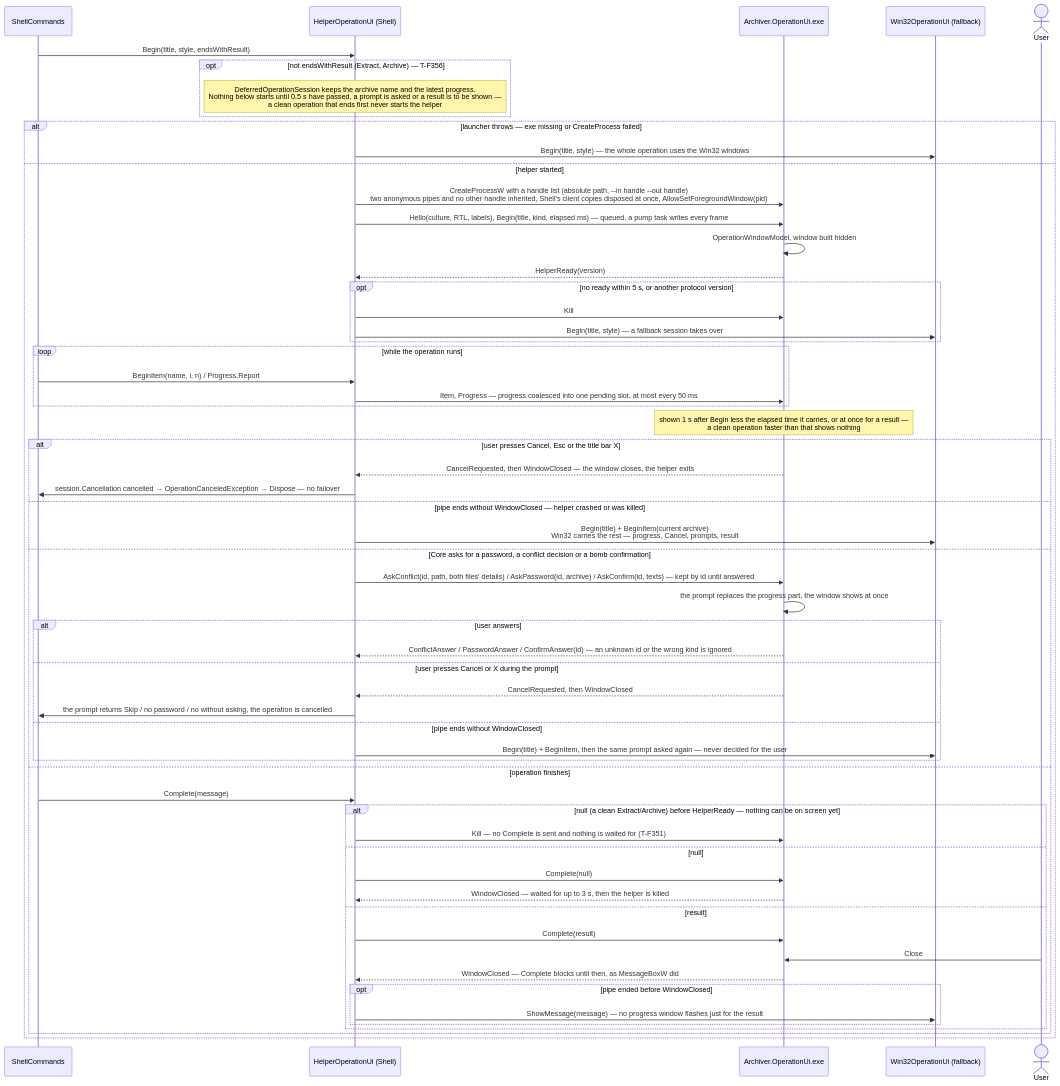
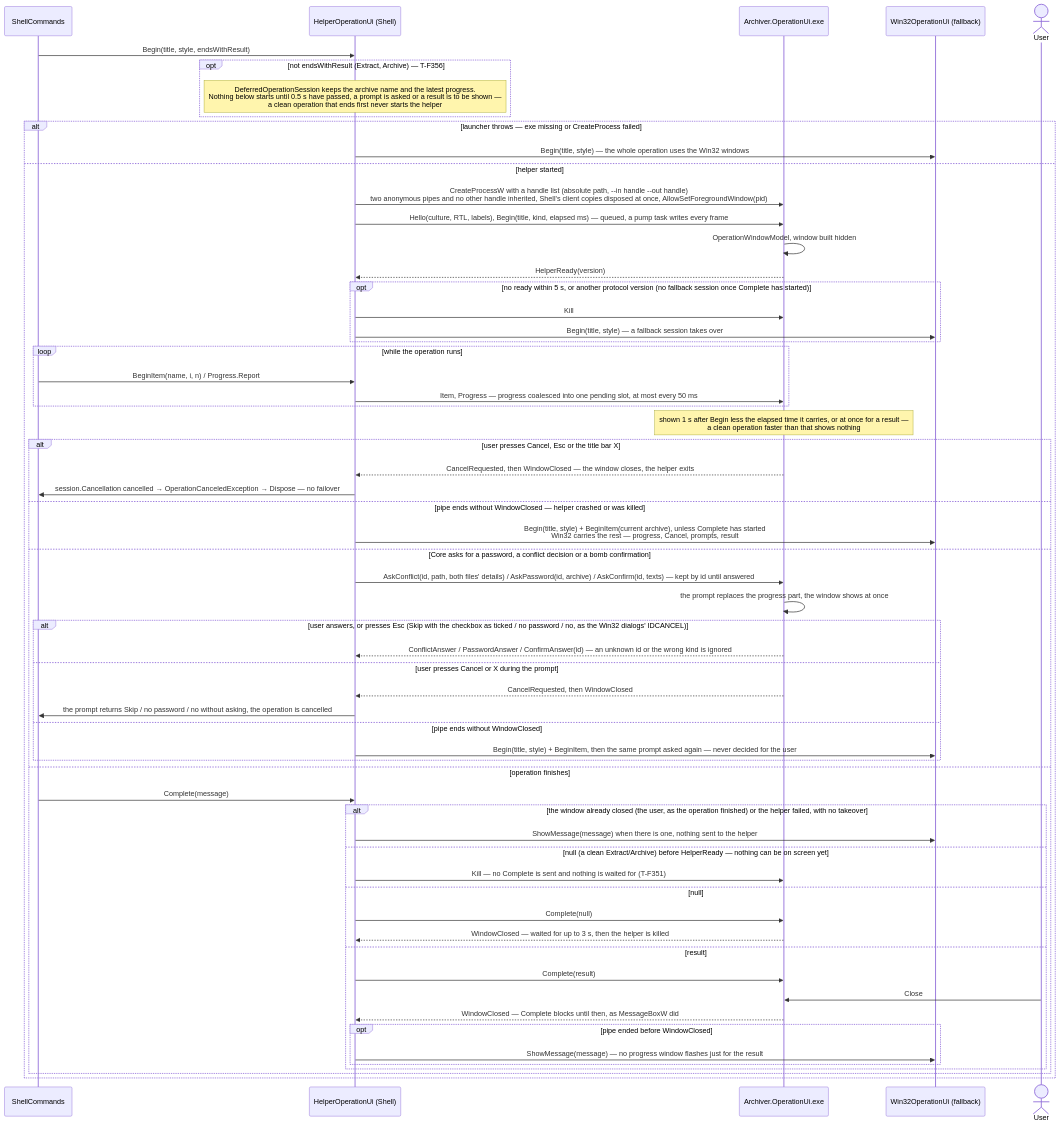
Before and after one commit to pakkoapp-oss/pakko: the ninth of 10 diagrams in docs/DIAGRAMS.md, drawn with Mermaid. The commit also changed other lines of this file and 2 other files, not shown here.

First line of the commit message:
docs: T-F226 - the per-arrow ritual for diagrams 3 (past the password gate), 5 and 8; check L closed, graduated

````diff
--- a/docs/DIAGRAMS.md
+++ b/docs/DIAGRAMS.md
@@ -1077,62 +1094,64 @@
 ```mermaid
 sequenceDiagram
     participant Cmd as ShellCommands
     participant HUI as HelperOperationUi (Shell)
     participant H as Archiver.OperationUi.exe
     participant W as Win32OperationUi (fallback)
     actor User
 
     Cmd->>HUI: Begin(title, style, endsWithResult)
     opt not endsWithResult (Extract, Archive) — T-F356
         Note over HUI: DeferredOperationSession keeps the archive name and the latest progress.<br/>Nothing below starts until 0.5 s have passed, a prompt is asked or a result is to be shown —<br/>a clean operation that ends first never starts the helper
     end
     alt launcher throws — exe missing or CreateProcess failed
         HUI->>W: Begin(title, style) — the whole operation uses the Win32 windows
     else helper started
         HUI->>H: CreateProcessW with a handle list (absolute path, --in handle --out handle)<br/>two anonymous pipes and no other handle inherited, Shell's client copies disposed at once, AllowSetForegroundWindow(pid)
         HUI->>H: Hello(culture, RTL, labels), Begin(title, kind, elapsed ms) — queued, a pump task writes every frame
         H->>H: OperationWindowModel, window built hidden
         H-->>HUI: HelperReady(version)
-        opt no ready within 5 s, or another protocol version
+        opt no ready within 5 s, or another protocol version (no fallback session once Complete has started)
             HUI->>H: Kill
             HUI->>W: Begin(title, style) — a fallback session takes over
         end
         loop while the operation runs
             Cmd->>HUI: BeginItem(name, i, n) / Progress.Report
             HUI->>H: Item, Progress — progress coalesced into one pending slot, at most every 50 ms
         end
         Note over H: shown 1 s after Begin less the elapsed time it carries, or at once for a result —<br/>a clean operation faster than that shows nothing
         alt user presses Cancel, Esc or the title bar X
             H-->>HUI: CancelRequested, then WindowClosed — the window closes, the helper exits
             HUI->>Cmd: session.Cancellation cancelled → OperationCanceledException → Dispose — no failover
         else pipe ends without WindowClosed — helper crashed or was killed
-            HUI->>W: Begin(title) + BeginItem(current archive)<br/>Win32 carries the rest — progress, Cancel, prompts, result
+            HUI->>W: Begin(title, style) + BeginItem(current archive), unless Complete has started<br/>Win32 carries the rest — progress, Cancel, prompts, result
         else Core asks for a password, a conflict decision or a bomb confirmation
             HUI->>H: AskConflict(id, path, both files' details) / AskPassword(id, archive) / AskConfirm(id, texts) — kept by id until answered
             H->>H: the prompt replaces the progress part, the window shows at once
-            alt user answers
+            alt user answers, or presses Esc (Skip with the checkbox as ticked / no password / no, as the Win32 dialogs' IDCANCEL)
                 H-->>HUI: ConflictAnswer / PasswordAnswer / ConfirmAnswer(id) — an unknown id or the wrong kind is ignored
             else user presses Cancel or X during the prompt
                 H-->>HUI: CancelRequested, then WindowClosed
                 HUI->>Cmd: the prompt returns Skip / no password / no without asking, the operation is cancelled
             else pipe ends without WindowClosed
-                HUI->>W: Begin(title) + BeginItem, then the same prompt asked again — never decided for the user
+                HUI->>W: Begin(title, style) + BeginItem, then the same prompt asked again — never decided for the user
             end
         else operation finishes
             Cmd->>HUI: Complete(message)
-            alt null (a clean Extract/Archive) before HelperReady — nothing can be on screen yet
+            alt the window already closed (the user, as the operation finished) or the helper failed, with no takeover
+                HUI->>W: ShowMessage(message) when there is one, nothing sent to the helper
+            else null (a clean Extract/Archive) before HelperReady — nothing can be on screen yet
                 HUI->>H: Kill — no Complete is sent and nothing is waited for (T-F351)
             else null
                 HUI->>H: Complete(null)
                 H-->>HUI: WindowClosed — waited for up to 3 s, then the helper is killed
             else result
                 HUI->>H: Complete(result)
                 User->>H: Close
                 H-->>HUI: WindowClosed — Complete blocks until then, as MessageBoxW did
                 opt pipe ended before WindowClosed
                     HUI->>W: ShowMessage(message) — no progress window flashes just for the result
                 end
             end
         end
     end
 ```
````
